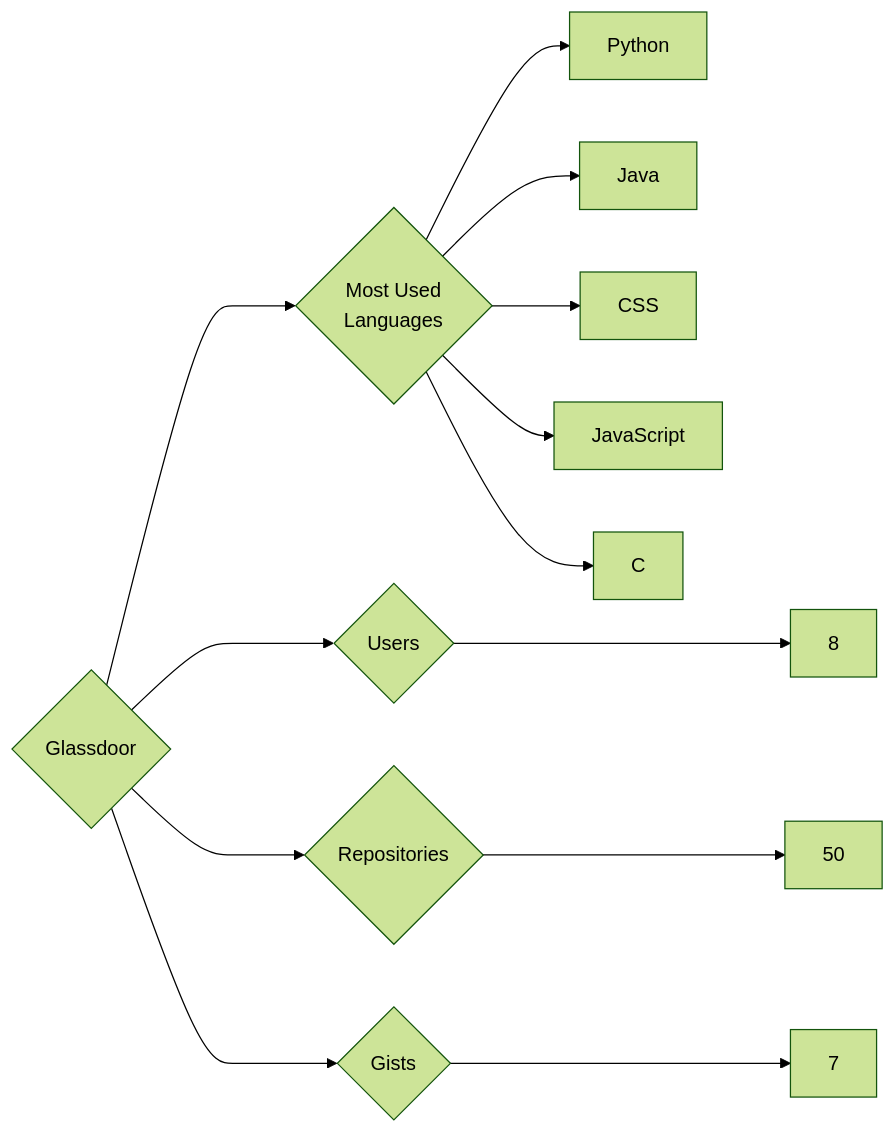
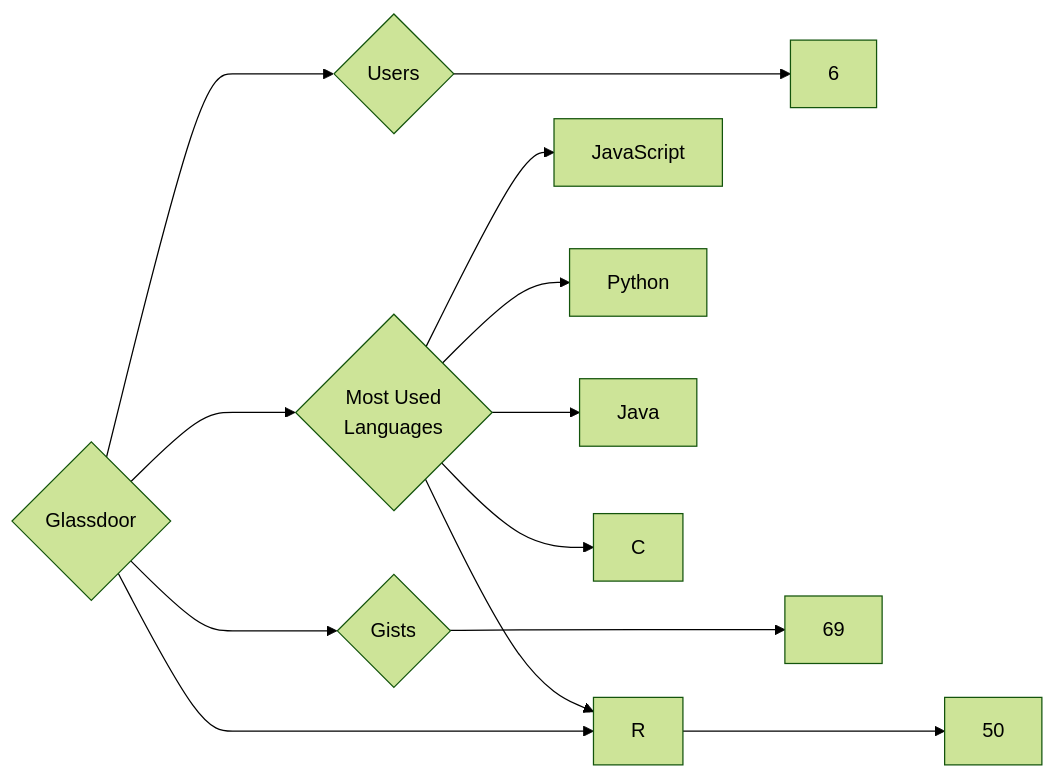
The diagram in targets/Glassdoor/README.md (trickest/insiders), drawn with Mermaid (forest theme) before and after one commit. The commit also changed 965 other files, not shown here.

````diff
--- a/targets/Glassdoor/README.md
+++ b/targets/Glassdoor/README.md
@@ -3,13 +3,13 @@
 ```mermaid
 graph LR
 COMPANY_NAME{Glassdoor}
-COMPANY_NAME ---> U{Users} ---> UN[8]
+COMPANY_NAME ---> U{Users} ---> UN[6]
 COMPANY_NAME ---> R{Repositories} ---> RN[50]
-COMPANY_NAME ---> G{Gists} ---> GN[7]
+COMPANY_NAME ---> G{Gists} ---> GN[69]
 COMPANY_NAME ---> ML{Most Used<br>Languages}
+ML --> JavaScript[JavaScript]
 ML --> Python[Python]
 ML --> Java[Java]
-ML --> CSS[CSS]
-ML --> JavaScript[JavaScript]
 ML --> C[C]
+ML --> R[R]
 ```
````
